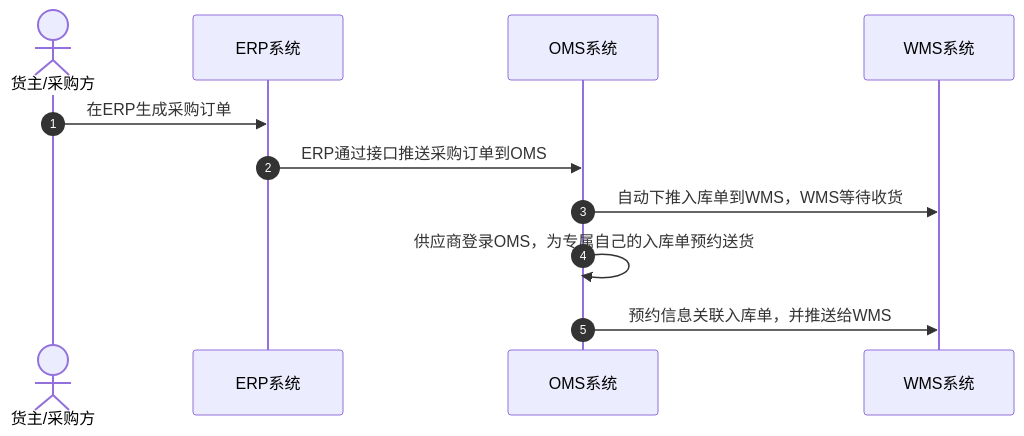
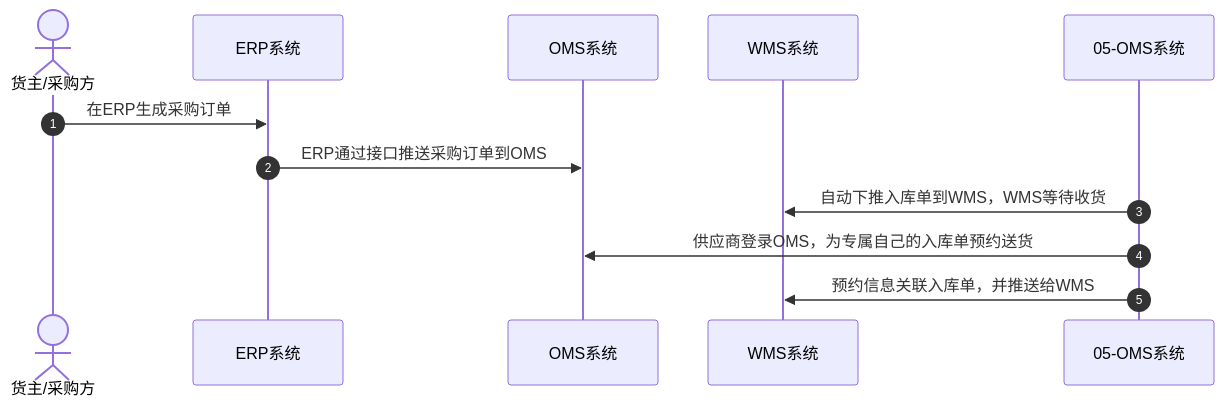
One commit to chao1927/scm changed the second of 3 diagrams in 供应链系统资料/维他命_产品私享课/跨境供应链_海外仓OTWB项目实战/第八章_跨境电商&供应链相关知识介绍/8.9_拆解仓库的送仓预约业务.md. Above: the diagram before and after it, drawn with Mermaid. The commit also changed other lines of this file and 284 other files, not shown here.

````diff
--- a/供应链系统资料/维他命_产品私享课/跨境供应链_海外仓OTWB项目实战/第八章_跨境电商&供应链相关知识介绍/8.9_拆解仓库的送仓预约业务.md
+++ b/供应链系统资料/维他命_产品私享课/跨境供应链_海外仓OTWB项目实战/第八章_跨境电商&供应链相关知识介绍/8.9_拆解仓库的送仓预约业务.md
@@ -118,15 +118,15 @@
 ```mermaid
 sequenceDiagram
 		autonumber
     actor 货主/采购方
 		participant ERP系统
     participant OMS系统
     participant WMS系统
 
 		货主/采购方->>ERP系统: 在ERP生成采购订单
 		ERP系统->>OMS系统: ERP通过接口推送采购订单到OMS
-		OMS系统->>WMS系统: 自动下推入库单到WMS，WMS等待收货
-		OMS系统->>OMS系统: 供应商登录OMS，为专属自己的入库单预约送货
-		OMS系统->>WMS系统: 预约信息关联入库单，并推送给WMS
+		05-OMS系统->>WMS系统: 自动下推入库单到WMS，WMS等待收货
+		05-OMS系统->>OMS系统: 供应商登录OMS，为专属自己的入库单预约送货
+		05-OMS系统->>WMS系统: 预约信息关联入库单，并推送给WMS
 		
 ```
````
